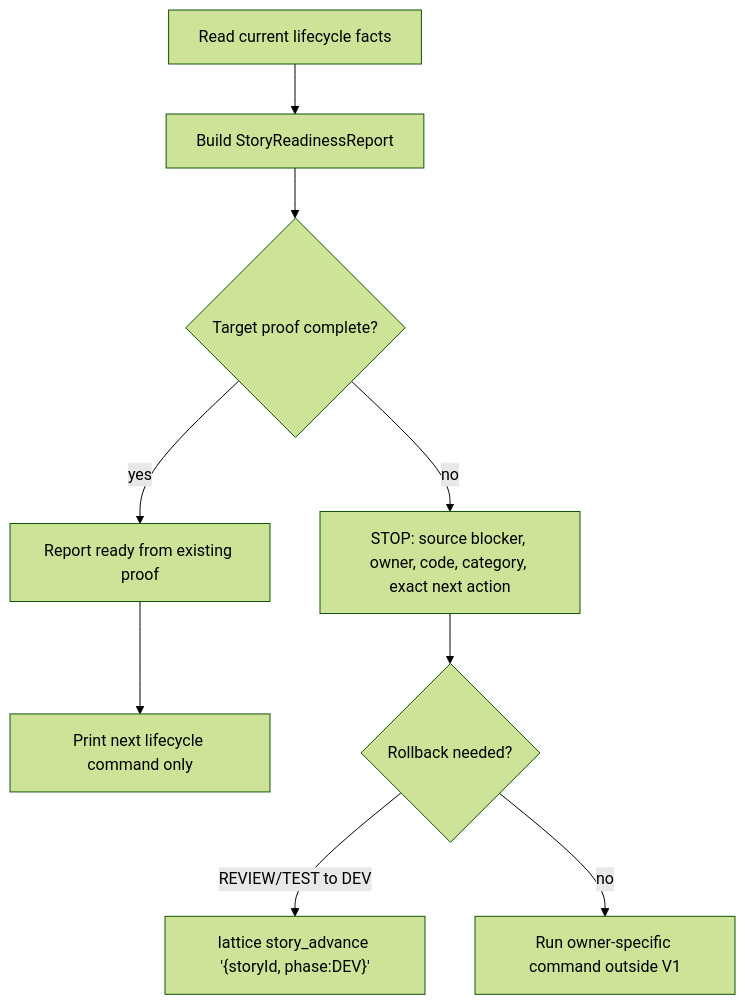
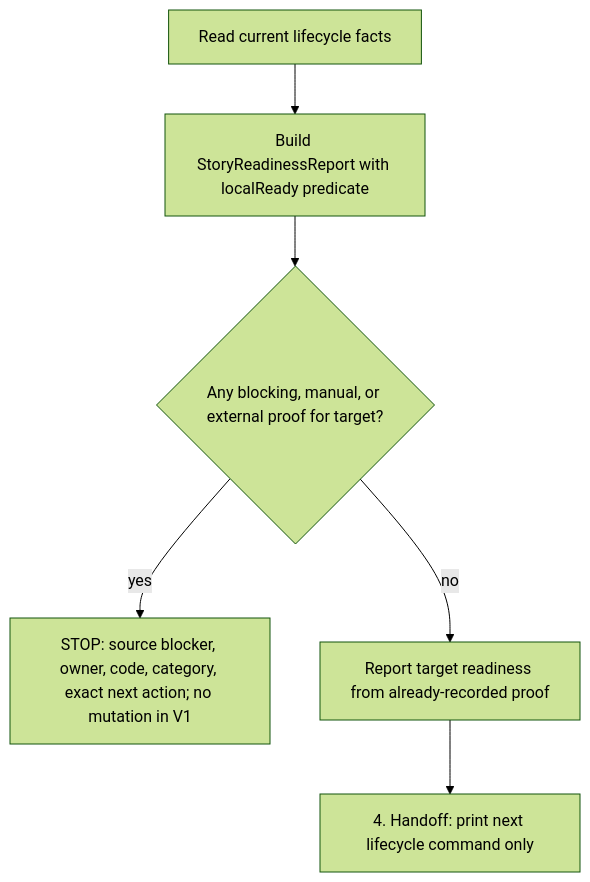
Before and after one commit to Proof-or-Stop/Prooforstop: the diagram in docs/requirements/decisions/lattice-lifecycle-readiness-check-execution-plan.md, drawn with Mermaid (forest theme). The commit also changed other lines of this file and 1 other file, not shown here.

Commit message:
docs: tighten lifecycle readiness localReady and handoff semantics

````diff
--- a/docs/requirements/decisions/lattice-lifecycle-readiness-check-execution-plan.md
+++ b/docs/requirements/decisions/lattice-lifecycle-readiness-check-execution-plan.md
@@ -381,11 +388,8 @@
 ```mermaid
 flowchart TD
-  A["Read current lifecycle facts"] --> B["Build StoryReadinessReport"]
-  B --> C{"Target proof complete?"}
-  C -- no --> D["STOP: source blocker, owner, code, category, exact next action"]
-  C -- yes --> E["Report ready from existing proof"]
-  E --> F["Print next lifecycle command only"]
-  D --> G{"Rollback needed?"}
-  G -- REVIEW/TEST to DEV --> H["lattice story_advance '{storyId, phase:DEV}'"]
-  G -- no --> I["Run owner-specific command outside V1"]
+  A["Read current lifecycle facts"] --> B["Build StoryReadinessReport with localReady predicate"]
+  B --> C{"Any blocking, manual, or external proof for target?"}
+  C -- yes --> D["STOP: source blocker, owner, code, category, exact next action; no mutation in V1"]
+  C -- no --> E["Report target readiness from already-recorded proof"]
+  E --> F["4. Handoff: print next lifecycle command only"]
 ```
````
